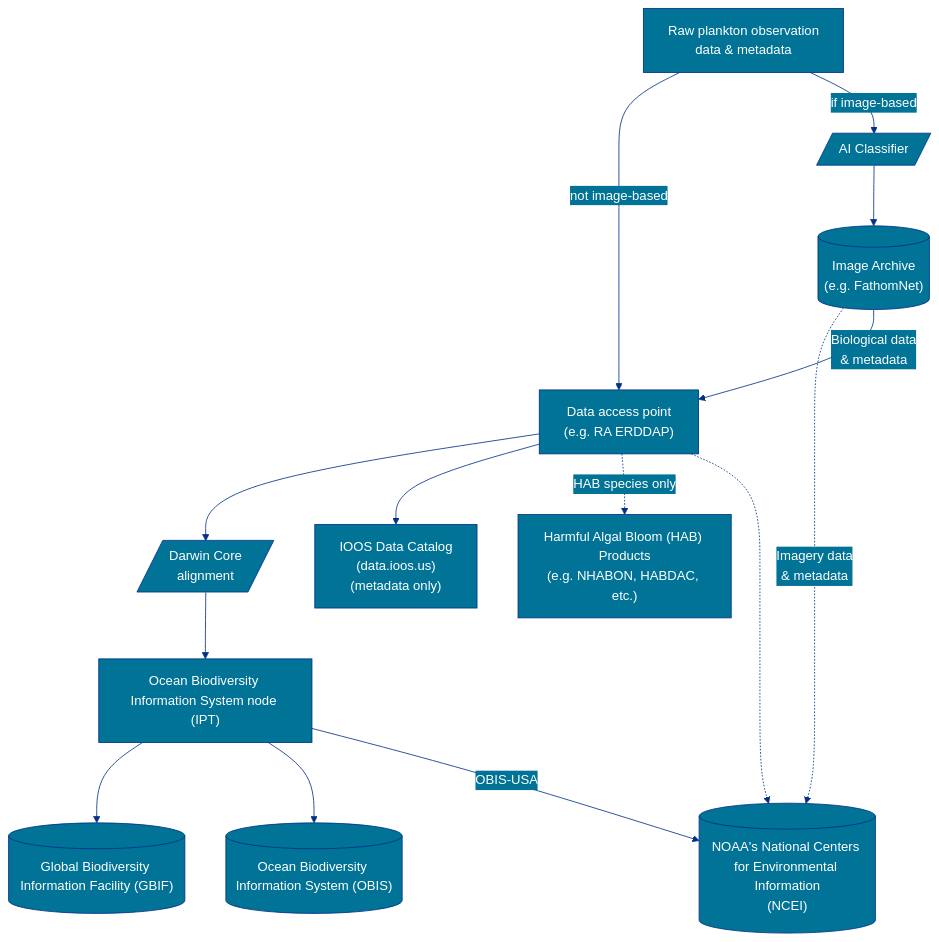
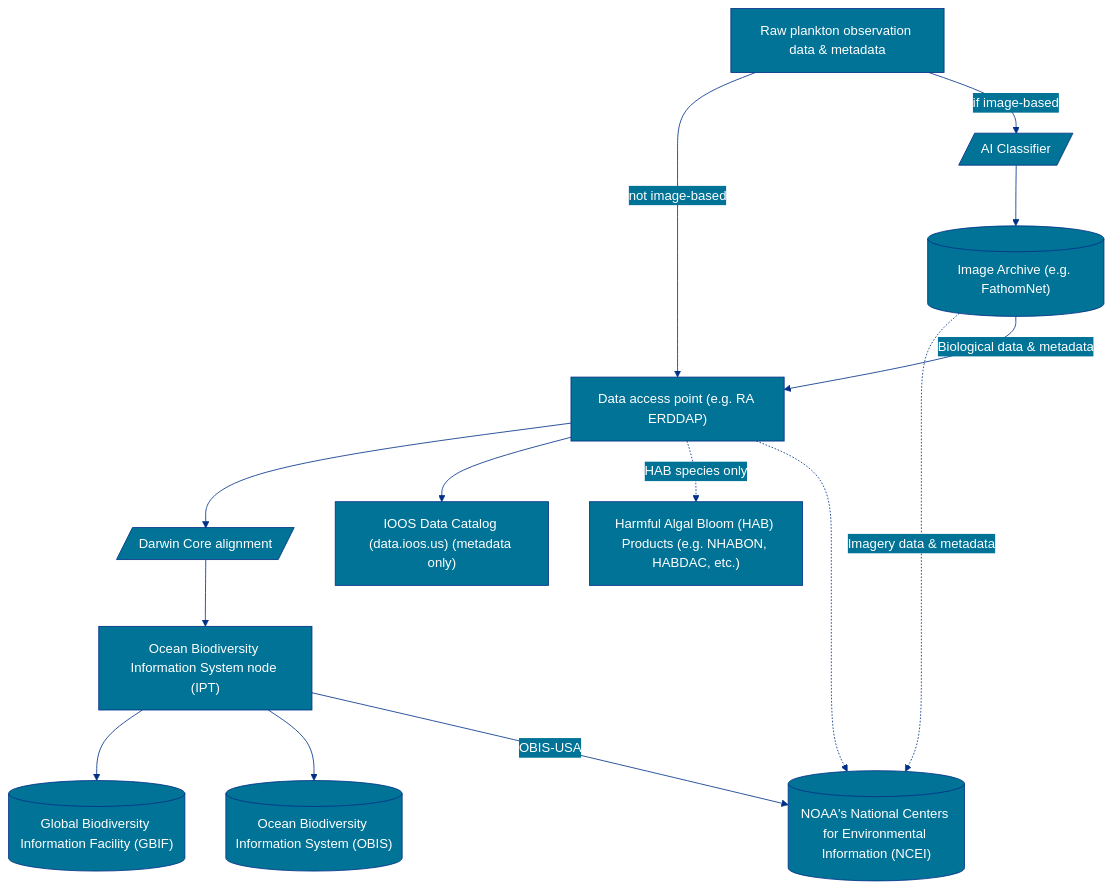
The fifth of 5 diagrams in _docs/index.md (ioos/marine_life_data_network), drawn with Mermaid before and after one commit. The commit also changed other lines of this file, not shown here.

First line of the commit message:
Update satellite telemetry flowchart

````diff
--- a/_docs/index.md
+++ b/_docs/index.md
@@ -312,45 +317,45 @@
 ```mermaid
 
 %%{
   init: {
     'theme': 'base',
     'themeVariables': {
       'primaryColor': '#007396',
       'primaryTextColor': '#fff',
       'primaryBorderColor': '#003087',
       'lineColor': '#003087',
       'secondaryColor': '#007396',
       'tertiaryColor': '#CCD1D1'
     },
    'flowchart': { 'curve': 'basis' }
   }
 }%%
 
 flowchart TD
 
-A["Raw plankton observation<br/>data & metadata"]
-B["Data access point<br/>(e.g. RA ERDDAP)"]
-C[/Darwin Core<br/>alignment/]
+A["Raw plankton observation data & metadata"]
+B["Data access point (e.g. RA ERDDAP)"]
+C[/Darwin Core alignment/]
 D[/AI Classifier/]
-E[("NOAA's National Centers for Environmental Information<br/>(NCEI)")]
+E[("NOAA's National Centers for Environmental Information (NCEI)")]
 F["Ocean Biodiversity Information System node (IPT)"]
 G[("Global Biodiversity Information Facility (GBIF)")]
 H[("Ocean Biodiversity Information System (OBIS)")]
-I["IOOS Data Catalog<br/>(data.ioos.us)<br/>(metadata only)"]
-J["Harmful Algal Bloom (HAB) Products<br/>(e.g. NHABON, HABDAC, etc.)"]
-K[("Image Archive<br/>(e.g. FathomNet)")]
+I["IOOS Data Catalog (data.ioos.us) (metadata only)"]
+J["Harmful Algal Bloom (HAB) Products (e.g. NHABON, HABDAC, etc.)"]
+K[("Image Archive (e.g. FathomNet)")]
 
 A -->|not image-based| B
 A -->|if image-based| D
 D --> K
-K -. Imagery data<br/>& metadata .-> E
-K -- Biological data<br/>& metadata --> B
+K -. Imagery data & metadata .-> E
+K -- Biological data & metadata --> B
 B --> C
 B --> I
 B -.->|HAB species only| J
 B -.-> E
 C --> F
 F --> G
 F --> H
 F -- OBIS-USA --> E
 ```
````
